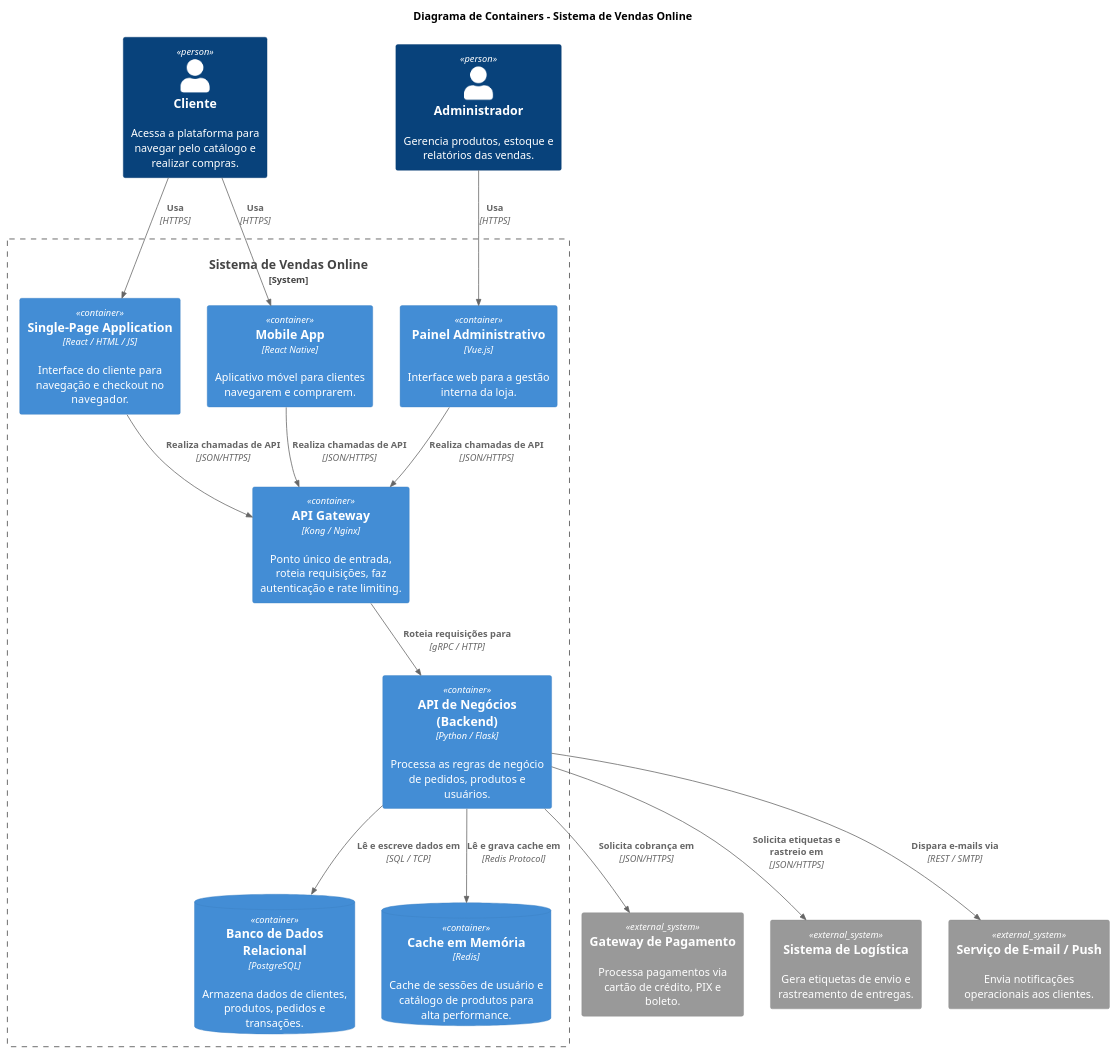
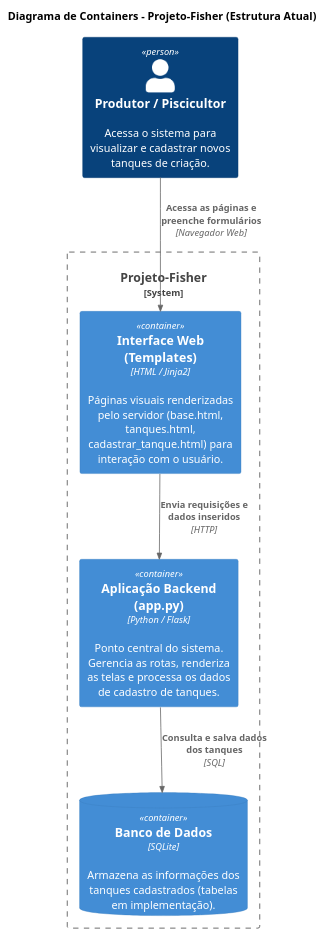
The diagram in container.puml (MariaLuizaGomesSouza/Projeto-Fisher), drawn with PlantUML before and after one commit.

```diff
--- a/container.puml
+++ b/container.puml
@@ -1,48 +1,26 @@
-@startuml Diagrama_de_Container
+@startuml Diagrama_de_Container_Fisher
 !include https://raw.githubusercontent.com/plantuml-stdlib/C4-PlantUML/master/C4_Container.puml
 
-' Título do Diagrama C4 Container
-title Diagrama de Containers - Sistema de Vendas Online
+title Diagrama de Containers - Projeto-Fisher (Estrutura Atual)
 
 ' Pessoas / Atores
-Person(cliente, "Cliente", "Acessa a plataforma para navegar pelo catálogo e realizar compras.")
-Person(admin, "Administrador", "Gerencia produtos, estoque e relatórios das vendas.")
+Person(produtor, "Produtor / Piscicultor", "Acessa o sistema para visualizar e cadastrar novos tanques de criação.")
 
-' Sistemas Externos
-System_Ext(pagamentos, "Gateway de Pagamento", "Processa pagamentos via cartão de crédito, PIX e boleto.")
-System_Ext(logistica, "Sistema de Logística", "Gera etiquetas de envio e rastreamento de entregas.")
-System_Ext(notificacoes, "Serviço de E-mail / Push", "Envia notificações operacionais aos clientes.")
+' Limite da Aplicação
+System_Boundary(sistema, "Projeto-Fisher") {
 
-' Limite da Aplicação (O Sistema de Vendas)
-System_Boundary(sistema, "Sistema de Vendas Online") {
-    Container(web_app, "Single-Page Application", "React / HTML / JS", "Interface do cliente para navegação e checkout no navegador.")
-    Container(mobile_app, "Mobile App", "React Native", "Aplicativo móvel para clientes navegarem e comprarem.")
-    Container(spa_admin, "Painel Administrativo", "Vue.js", "Interface web para a gestão interna da loja.")
-    
-    Container(api_gateway, "API Gateway", "Kong / Nginx", "Ponto único de entrada, roteia requisições, faz autenticação e rate limiting.")
-    
-    Container(backend_api, "API de Negócios (Backend)", "Python / Flask", "Processa as regras de negócio de pedidos, produtos e usuários.")
-    
-    ContainerDb(database, "Banco de Dados Relacional", "PostgreSQL", "Armazena dados de clientes, produtos, pedidos e transações.")
-    ContainerDb(cache, "Cache em Memória", "Redis", "Cache de sessões de usuário e catálogo de produtos para alta performance.")
+    Container(frontend, "Interface Web (Templates)", "HTML / Jinja2", "Páginas visuais renderizadas pelo servidor (base.html, tanques.html, cadastrar_tanque.html) para interação com o usuário.")
+
+    Container(app_backend, "Aplicação Backend (app.py)", "Python / Flask", "Ponto central do sistema. Gerencia as rotas, renderiza as telas e processa os dados de cadastro de tanques.")
+
+    ContainerDb(database, "Banco de Dados", "SQLite", "Armazena as informações dos tanques cadastrados (tabelas em implementação).")
 }
 
 ' Relacionamentos
-Rel(cliente, web_app, "Usa", "HTTPS")
-Rel(cliente, mobile_app, "Usa", "HTTPS")
-Rel(admin, spa_admin, "Usa", "HTTPS")
+Rel(produtor, frontend, "Acessa as páginas e preenche formulários", "Navegador Web")
 
-Rel(web_app, api_gateway, "Realiza chamadas de API", "JSON/HTTPS")
-Rel(mobile_app, api_gateway, "Realiza chamadas de API", "JSON/HTTPS")
-Rel(spa_admin, api_gateway, "Realiza chamadas de API", "JSON/HTTPS")
+Rel(frontend, app_backend, "Envia requisições e dados inseridos", "HTTP")
 
-Rel(api_gateway, backend_api, "Roteia requisições para", "gRPC / HTTP")
-
-Rel(backend_api, database, "Lê e escreve dados em", "SQL / TCP")
-Rel(backend_api, cache, "Lê e grava cache em", "Redis Protocol")
-
-Rel(backend_api, pagamentos, "Solicita cobrança em", "JSON/HTTPS")
-Rel(backend_api, logistica, "Solicita etiquetas e rastreio em", "JSON/HTTPS")
-Rel(backend_api, notificacoes, "Dispara e-mails via", "REST / SMTP")
+Rel(app_backend, database, "Consulta e salva dados dos tanques", "SQL")
 
 @enduml
```
